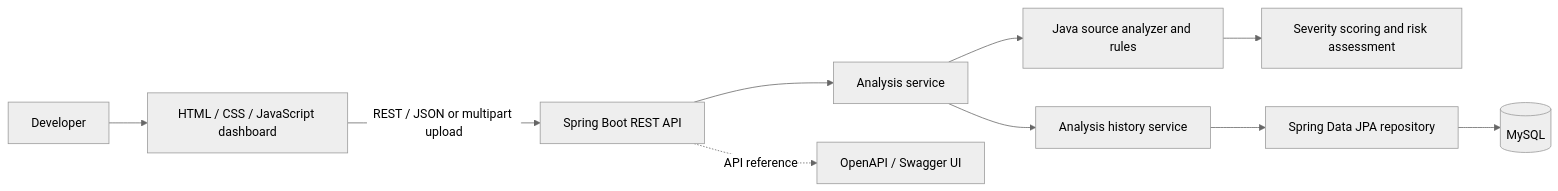
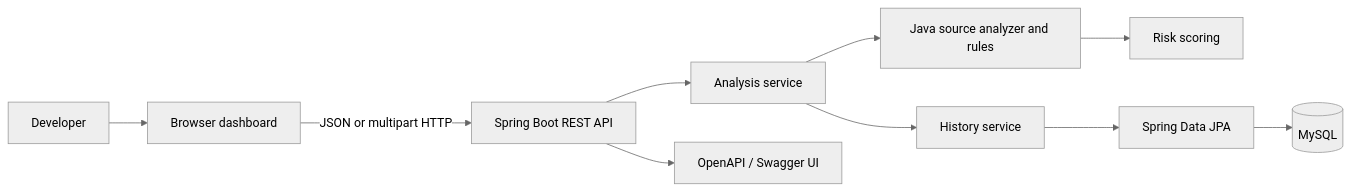
One commit to HimajaVentakaReddy/CodeGuard-AI changed the diagram in README.md. Above: the diagram before and after it, drawn with Mermaid (neutral theme). The commit also changed other lines of this file and 7 other files, not shown here.

````diff
--- a/README.md
+++ b/README.md
@@ -27,12 +41,12 @@
 ```mermaid
 flowchart LR
-    Developer[Developer] --> Browser[HTML / CSS / JavaScript dashboard]
-    Browser -->|REST / JSON or multipart upload| API[Spring Boot REST API]
-    API --> Service[Analysis service]
-    Service --> Rules[Java source analyzer and rules]
-    Rules --> Scoring[Severity scoring and risk assessment]
-    Service --> History[Analysis history service]
-    History --> Repository[Spring Data JPA repository]
-    Repository --> Database[(MySQL)]
-    API -. API reference .-> OpenAPI[OpenAPI / Swagger UI]
+    User[Developer] --> UI[Browser dashboard]
+    UI -->|JSON or multipart HTTP| API[Spring Boot REST API]
+    API --> Analysis[Analysis service]
+    Analysis --> Rules[Java source analyzer and rules]
+    Rules --> Score[Risk scoring]
+    Analysis --> History[History service]
+    History --> Repo[Spring Data JPA]
+    Repo --> DB[(MySQL)]
+    API --> Docs[OpenAPI / Swagger UI]
 ```
````
